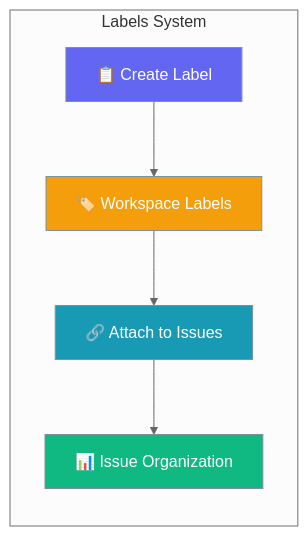
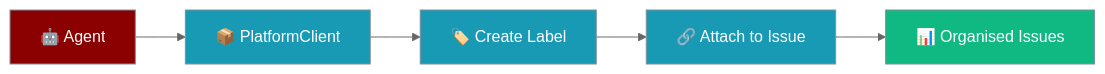
One commit to MervinPraison/PraisonAIDocs changed the first of 2 diagrams in docs/features/platform-labels.mdx. Above: the diagram before and after it, drawn with Mermaid (neutral theme). The commit also changed other lines of this file and 4 other files, not shown here.

````diff
--- a/docs/features/platform-labels.mdx
+++ b/docs/features/platform-labels.mdx
@@ -10,18 +28,15 @@
 ```mermaid
 graph LR
-    subgraph "Labels System"
-        A[📋 Create Label] --> B[🏷️ Workspace Labels]
-        B --> C[🔗 Attach to Issues]
-        C --> D[📊 Issue Organization]
-    end
-    
-    classDef create fill:#6366F1,stroke:#7C90A0,color:#fff
-    classDef labels fill:#F59E0B,stroke:#7C90A0,color:#fff
-    classDef attach fill:#189AB4,stroke:#7C90A0,color:#fff
-    classDef organize fill:#10B981,stroke:#7C90A0,color:#fff
-    
-    class A create
-    class B labels
-    class C attach
-    class D organize
+    Agent[🤖 Agent] --> SDK[📦 PlatformClient]
+    SDK --> Create[🏷️ Create Label]
+    Create --> Attach[🔗 Attach to Issue]
+    Attach --> Organise[📊 Organised Issues]
+
+    classDef agent fill:#8B0000,stroke:#7C90A0,color:#fff
+    classDef sdk fill:#189AB4,stroke:#7C90A0,color:#fff
+    classDef result fill:#10B981,stroke:#7C90A0,color:#fff
+
+    class Agent agent
+    class SDK,Create,Attach sdk
+    class Organise result
 ```
````
